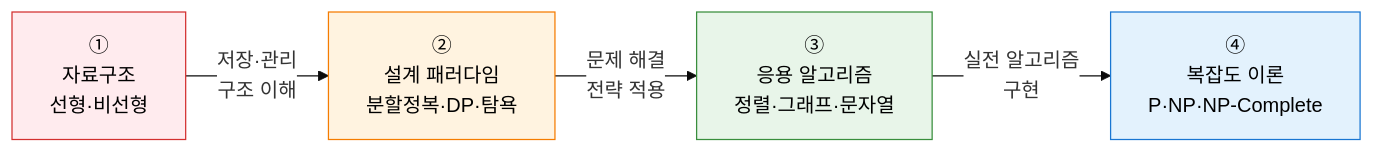
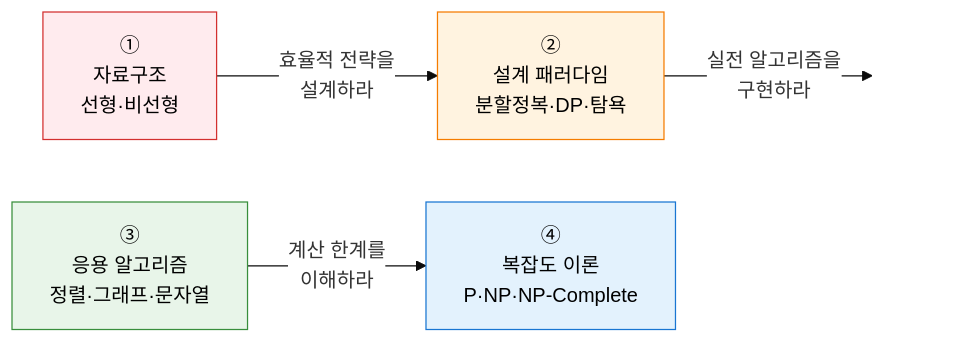
Before and after one commit to jeonck/itpe-KM: the diagram in content/docs/08-algorithms/_index.md, drawn with Mermaid. The commit also changed 5 other files, not shown here.

````diff
--- a/content/docs/08-algorithms/_index.md
+++ b/content/docs/08-algorithms/_index.md
@@ -11,12 +11,13 @@
 ```mermaid
 %%{init: { 'theme': 'base', 'themeVariables': { 'edgeLabelBackground': '#fff' }}}%%
 flowchart LR
-    A["①<br/>자료구조<br/>선형·비선형"] --"저장·관리<br/>구조 이해"--> B["②<br/>설계 패러다임<br/>분할정복·DP·탐욕"]
-    B --"문제 해결<br/>전략 적용"--> C["③<br/>응용 알고리즘<br/>정렬·그래프·문자열"]
-    C --"실전 알고리즘<br/>구현"--> D["④<br/>복잡도 이론<br/>P·NP·NP-Complete"]
+    A["①<br/>자료구조<br/>선형·비선형"] --"효율적 전략을<br/>설계하라"--> B["②<br/>설계 패러다임<br/>분할정복·DP·탐욕"]
+    B --"실전 알고리즘을<br/>구현하라"--> Z[" "]
+    C["③<br/>응용 알고리즘<br/>정렬·그래프·문자열"] --"계산 한계를<br/>이해하라"--> D["④<br/>복잡도 이론<br/>P·NP·NP-Complete"]
 
     style A fill:#FFEBEE,stroke:#D32F2F,color:#000
     style B fill:#FFF3E0,stroke:#F57C00,color:#000
     style C fill:#E8F5E9,stroke:#388E3C,color:#000
     style D fill:#E3F2FD,stroke:#1976D2,color:#000
+    style Z fill:none,stroke:none
 ```
````
